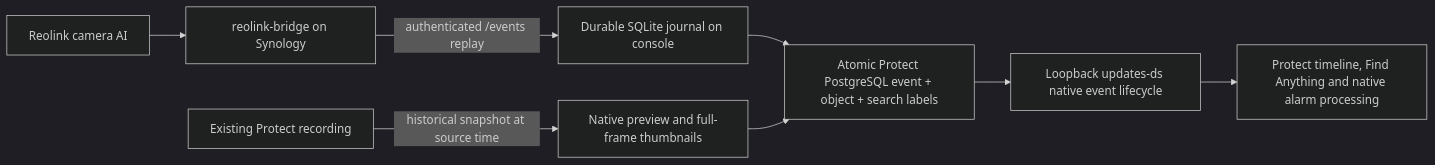
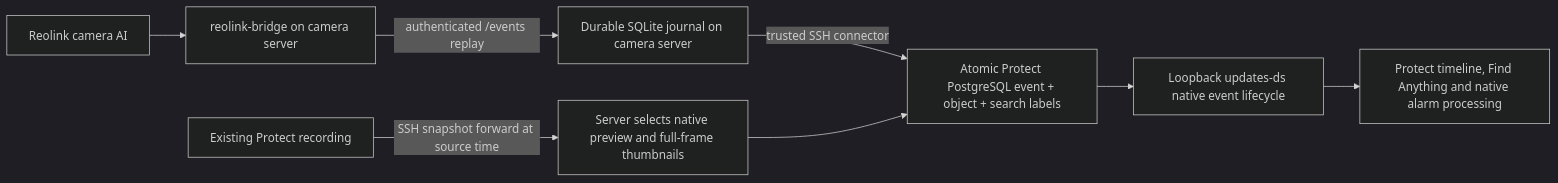
One commit to volatile1990/reolink-protect-events changed the diagram in README.md. Above: the diagram before and after it, drawn with Mermaid (dark theme). The commit also changed other lines of this file and 54 other files, not shown here.

Commit message:
Run Protect extensions together on the dedicated home server

````diff
--- a/README.md
+++ b/README.md
@@ -28,10 +76,10 @@
 ```mermaid
 flowchart LR
-    C[Reolink camera AI] --> B[reolink-bridge on Synology]
-    B -->|authenticated /events replay| J[Durable SQLite journal on console]
-    J --> P[Atomic Protect PostgreSQL event + object + search labels]
+    C[Reolink camera AI] --> B[reolink-bridge on camera server]
+    B -->|authenticated /events replay| J[Durable SQLite journal on camera server]
+    J -->|trusted SSH connector| P[Atomic Protect PostgreSQL event + object + search labels]
     P --> D[Loopback updates-ds native event lifecycle]
     D --> U[Protect timeline, Find Anything and native alarm processing]
-    V[Existing Protect recording] -->|historical snapshot at source time| T[Native preview and full-frame thumbnails]
+    V[Existing Protect recording] -->|SSH snapshot forward at source time| T[Server selects native preview and full-frame thumbnails]
     T --> P
 ```
````
